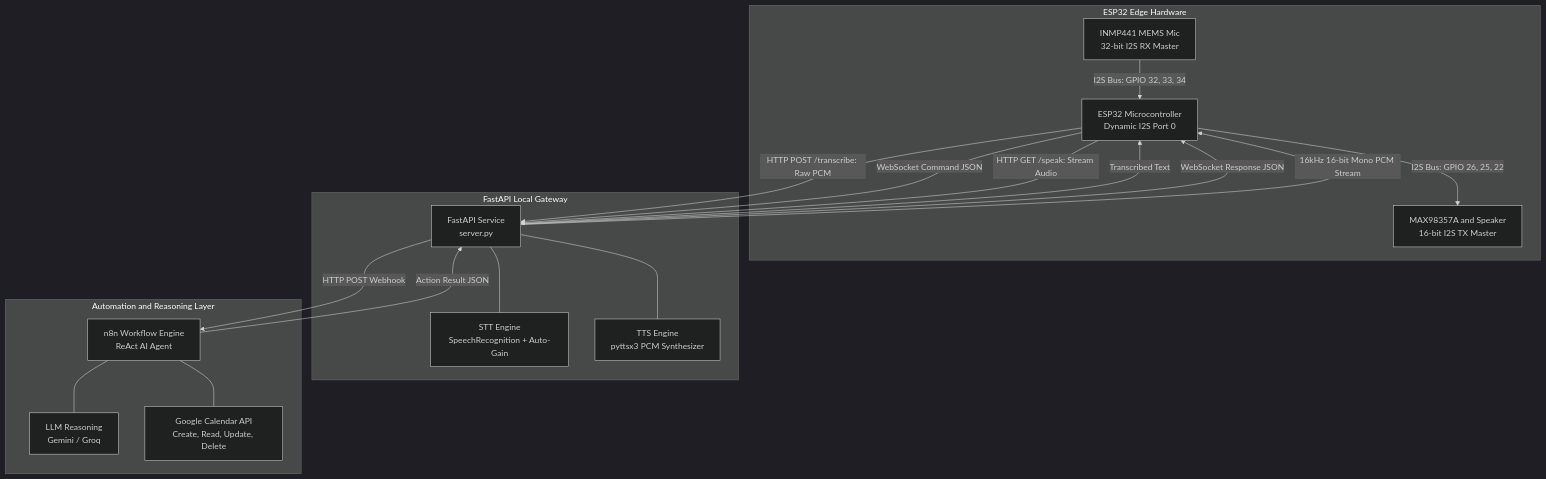
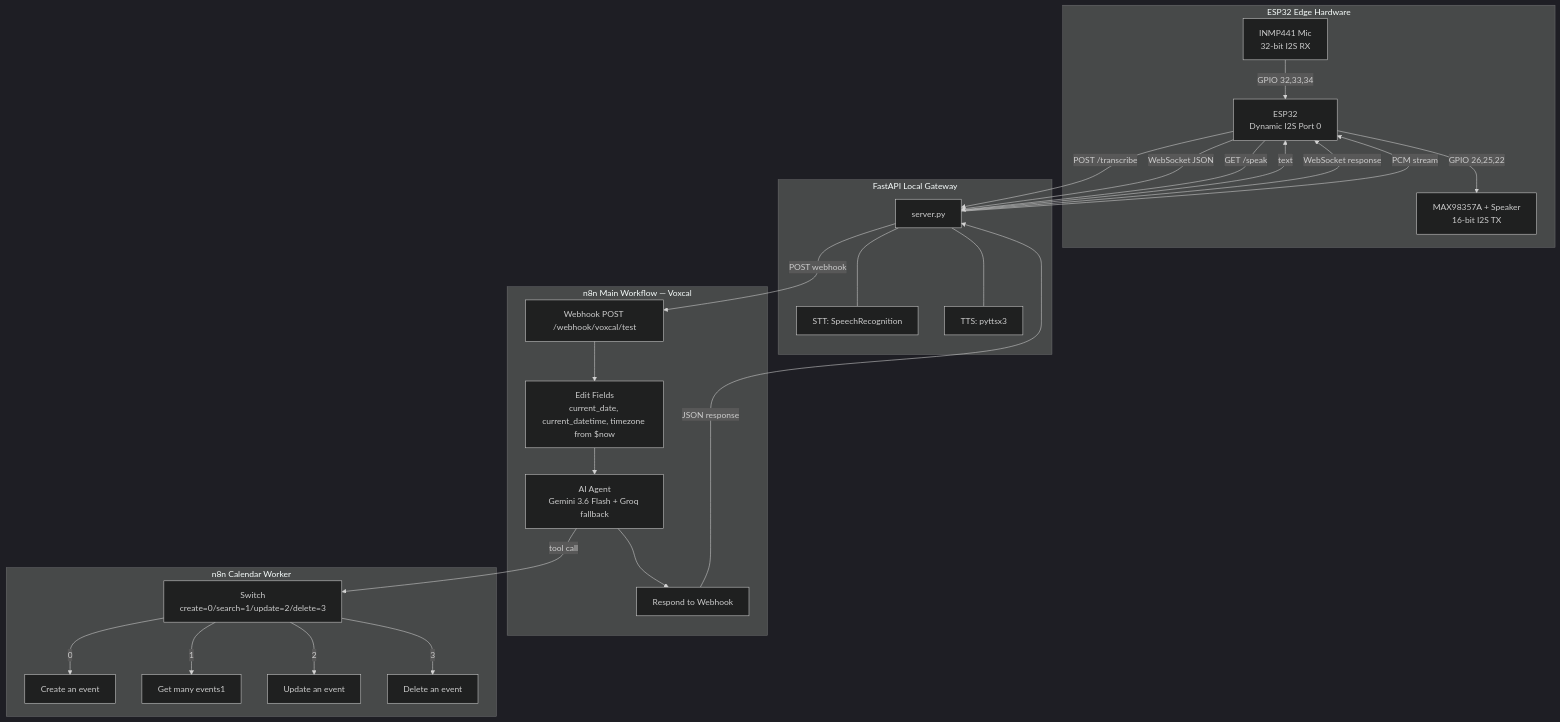
One commit to AnshMNSoni/voxcal changed the diagram in README.md. Above: the diagram before and after it, drawn with Mermaid (dark theme). The commit also changed other lines of this file and 10 other files, not shown here.

Commit message:
scale: architecture scale

````diff
--- a/README.md
+++ b/README.md
@@ -64,38 +78,44 @@
 ```mermaid
 flowchart TD
     subgraph EdgeHardware["ESP32 Edge Hardware"]
-        MIC["INMP441 MEMS Mic<br/>32-bit I2S RX Master"]
-        SPK["MAX98357A and Speaker<br/>16-bit I2S TX Master"]
-        ESP["ESP32 Microcontroller<br/>Dynamic I2S Port 0"]
-        
-        MIC -->|"I2S Bus: GPIO 32, 33, 34"| ESP
-        ESP -->|"I2S Bus: GPIO 26, 25, 22"| SPK
+        MIC["INMP441 Mic\n32-bit I2S RX"]
+        SPK["MAX98357A + Speaker\n16-bit I2S TX"]
+        ESP["ESP32\nDynamic I2S Port 0"]
+        MIC -->|"GPIO 32,33,34"| ESP
+        ESP -->|"GPIO 26,25,22"| SPK
     end
-
     subgraph LocalGateway["FastAPI Local Gateway"]
-        GW["FastAPI Service<br/>server.py"]
-        STT["STT Engine<br/>SpeechRecognition + Auto-Gain"]
-        TTS["TTS Engine<br/>pyttsx3 PCM Synthesizer"]
-        
+        GW["server.py"]
+        STT["STT: SpeechRecognition"]
+        TTS["TTS: pyttsx3"]
         GW --- STT
         GW --- TTS
     end
-
-    subgraph CloudAutomation["Automation and Reasoning Layer"]
-        N8N["n8n Workflow Engine<br/>ReAct AI Agent"]
-        LLM["LLM Reasoning<br/>Gemini / Groq"]
-        CAL["Google Calendar API<br/>Create, Read, Update, Delete"]
-        
-        N8N --- LLM
-        N8N --- CAL
+    subgraph MainN8N["n8n Main Workflow — Voxcal"]
+        WH["Webhook POST /webhook/voxcal/test"]
+        EF["Edit Fields\ncurrent_date, current_datetime, timezone from $now"]
+        AG["AI Agent\nGemini 3.6 Flash + Groq fallback"]
+        RW["Respond to Webhook"]
+        WH --> EF --> AG --> RW
     end
-
-    ESP -->|"HTTP POST /transcribe: Raw PCM"| GW
-    GW -->|"Transcribed Text"| ESP
-    ESP -->|"WebSocket Command JSON"| GW
-    GW -->|"HTTP POST Webhook"| N8N
-    N8N -->|"Action Result JSON"| GW
-    GW -->|"WebSocket Response JSON"| ESP
-    ESP -->|"HTTP GET /speak: Stream Audio"| GW
-    GW -->|"16kHz 16-bit Mono PCM Stream"| ESP
+    subgraph WorkerN8N["n8n Calendar Worker"]
+        SW["Switch\ncreate=0/search=1/update=2/delete=3"]
+        CE["Create an event"]
+        SE["Get many events1"]
+        UP["Update an event"]
+        DE["Delete an event"]
+        SW -->|0| CE
+        SW -->|1| SE
+        SW -->|2| UP
+        SW -->|3| DE
+    end
+    ESP -->|"POST /transcribe"| GW
+    GW -->|"text"| ESP
+    ESP -->|"WebSocket JSON"| GW
+    GW -->|"POST webhook"| WH
+    AG -->|"tool call"| SW
+    RW -->|"JSON response"| GW
+    GW -->|"WebSocket response"| ESP
+    ESP -->|"GET /speak"| GW
+    GW -->|"PCM stream"| ESP
 ```
````
